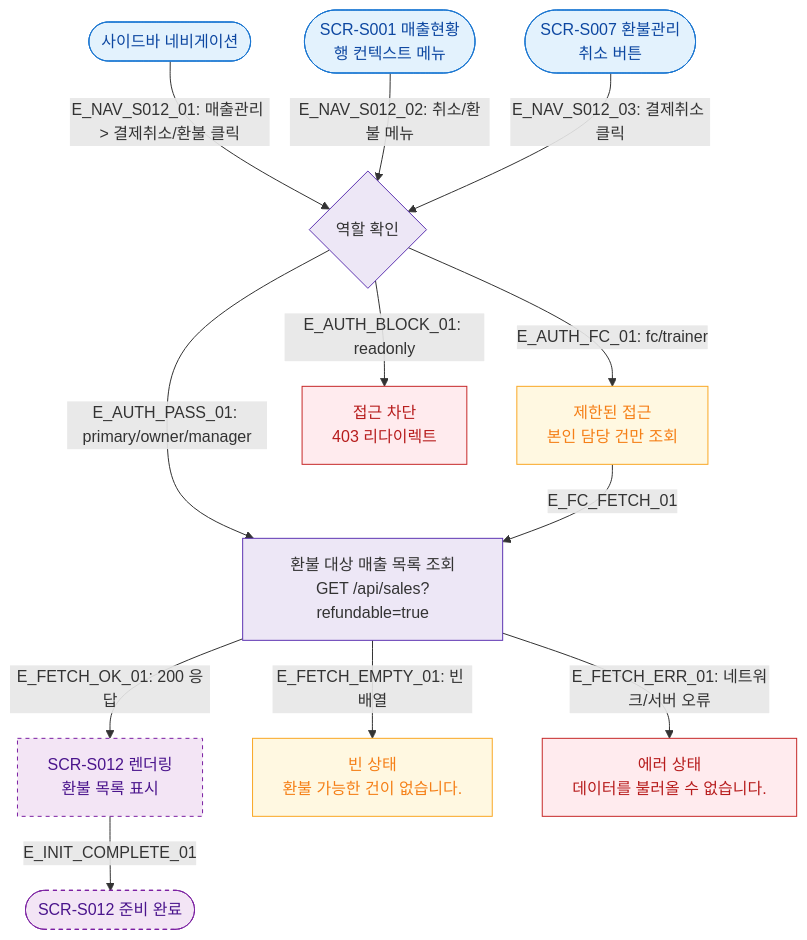
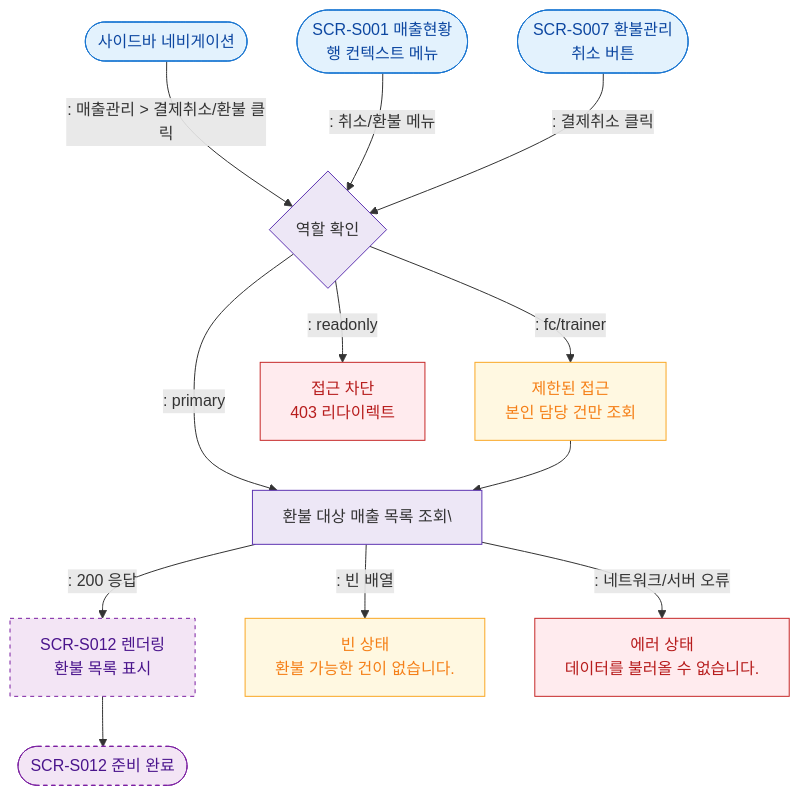
One commit to dev-spogym/admin-pando changed the diagram in docs/다이어그램/D03_매출관리/SCR-S012_결제취소_부분환불/F1_진입.md. Above: the diagram before and after it, drawn with Mermaid. The commit also changed other lines of this file and 1660 other files, not shown here.

First line of the commit message:
다이어그램: 기획자/클라이언트 납품본으로 정리

````diff
--- a/docs/다이어그램/D03_매출관리/SCR-S012_결제취소_부분환불/F1_진입.md
+++ b/docs/다이어그램/D03_매출관리/SCR-S012_결제취소_부분환불/F1_진입.md
@@ -21,33 +19,33 @@
 ```mermaid
 flowchart TD
-    ENTRY_NAV([사이드바 네비게이션]) -->|"E_NAV_S012_01: 매출관리 > 결제취소/환불 클릭"| AUTH_CHECK{역할 확인}
-    ENTRY_S001([SCR-S001 매출현황\n행 컨텍스트 메뉴]) -->|"E_NAV_S012_02: 취소/환불 메뉴"| AUTH_CHECK
-    ENTRY_S007([SCR-S007 환불관리\n취소 버튼]) -->|"E_NAV_S012_03: 결제취소 클릭"| AUTH_CHECK
+    ENTRY_NAV([사이드바 네비게이션]) -->|": 매출관리 > 결제취소/환불 클릭"|AUTH_CHECK{역할 확인}
+    ENTRY_S001([SCR-S001 매출현황\n행 컨텍스트 메뉴]) -->|": 취소/환불 메뉴"|AUTH_CHECK
+    ENTRY_S007([SCR-S007 환불관리\n취소 버튼]) -->|": 결제취소 클릭"|AUTH_CHECK
 
-    AUTH_CHECK -->|"E_AUTH_PASS_01: primary/owner/manager"| FETCH_LIST[환불 대상 매출 목록 조회\nGET /api/sales?refundable=true]
-    AUTH_CHECK -->|"E_AUTH_FC_01: fc/trainer"| FC_LIMIT[제한된 접근\n본인 담당 건만 조회]
-    AUTH_CHECK -->|"E_AUTH_BLOCK_01: readonly"| BLOCKED[접근 차단\n403 리다이렉트]
+    AUTH_CHECK -->|": primary"|FETCH_LIST[환불 대상 매출 목록 조회\]
+    AUTH_CHECK -->|": fc/trainer"|FC_LIMIT[제한된 접근\n본인 담당 건만 조회]
+    AUTH_CHECK -->|": readonly"|BLOCKED[접근 차단\n403 리다이렉트]
 
-    FC_LIMIT -->|E_FC_FETCH_01| FETCH_LIST
+    FC_LIMIT --> FETCH_LIST
 
-    FETCH_LIST -->|"E_FETCH_OK_01: 200 응답"| RENDER_S012[SCR-S012 렌더링\n환불 목록 표시]
-    FETCH_LIST -->|"E_FETCH_EMPTY_01: 빈 배열"| EMPTY_STATE[빈 상태\n환불 가능한 건이 없습니다.]
-    FETCH_LIST -->|"E_FETCH_ERR_01: 네트워크/서버 오류"| ERR_STATE[에러 상태\n데이터를 불러올 수 없습니다.]
+    FETCH_LIST -->|": 200 응답"|RENDER_S012[SCR-S012 렌더링\n환불 목록 표시]
+    FETCH_LIST -->|": 빈 배열"|EMPTY_STATE[빈 상태\n환불 가능한 건이 없습니다.]
+    FETCH_LIST -->|": 네트워크/서버 오류"|ERR_STATE[에러 상태\n데이터를 불러올 수 없습니다.]
 
-    RENDER_S012 -->|E_INIT_COMPLETE_01| S012_READY([SCR-S012 준비 완료])
+    RENDER_S012 --> S012_READY([SCR-S012 준비 완료])
 
     classDef screen fill:#E3F2FD,stroke:#1976D2,color:#0D47A1
     classDef newFeature fill:#F3E5F5,stroke:#7B1FA2,color:#4A148C,stroke-dasharray:4 4
     classDef error fill:#FFEBEE,stroke:#C62828,color:#B71C1C
     classDef success fill:#E8F5E9,stroke:#2E7D32,color:#1B5E20
     classDef warning fill:#FFF8E1,stroke:#F9A825,color:#F57F17
     classDef system fill:#EDE7F6,stroke:#5E35B2
     classDef rbacBlocked fill:#F5F5F5,stroke:#9E9E9E,color:#616161
 
     class ENTRY_NAV,ENTRY_S001,ENTRY_S007 screen
     class RENDER_S012,S012_READY newFeature
     class BLOCKED,ERR_STATE error
     class EMPTY_STATE warning
     class FC_LIMIT warning
     class AUTH_CHECK,FETCH_LIST system
 ```
````
